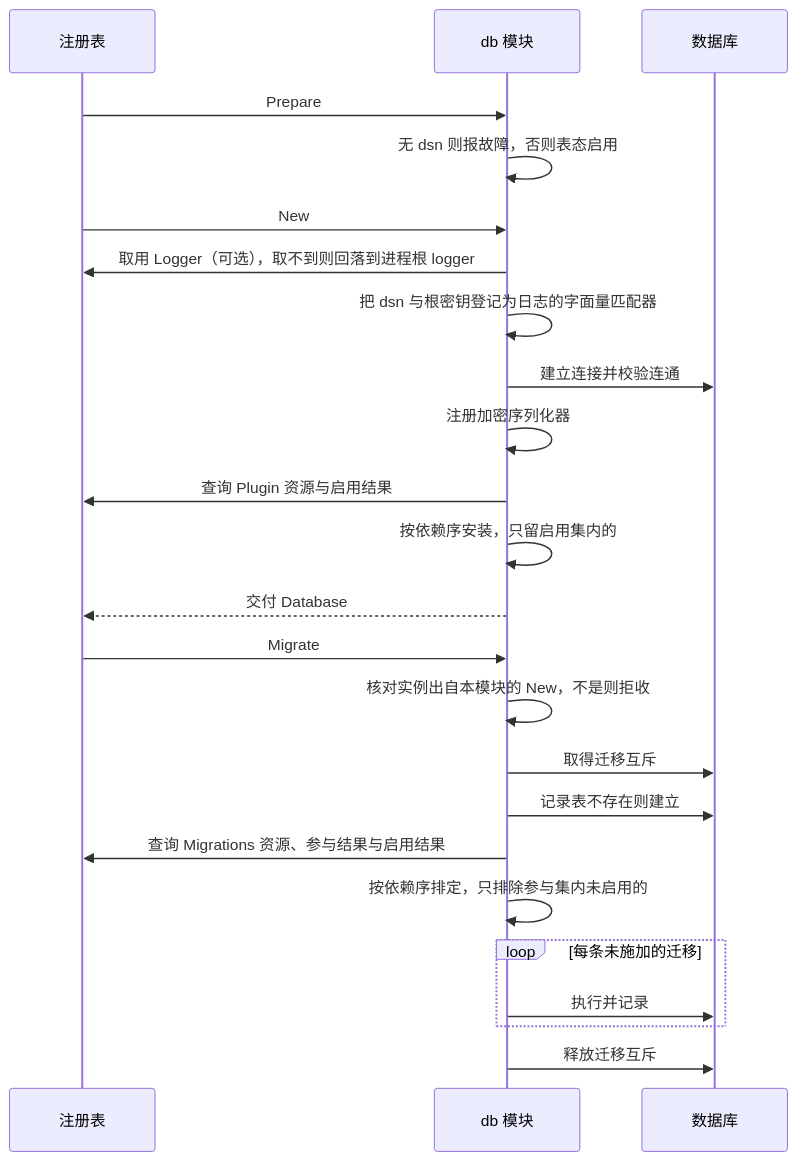
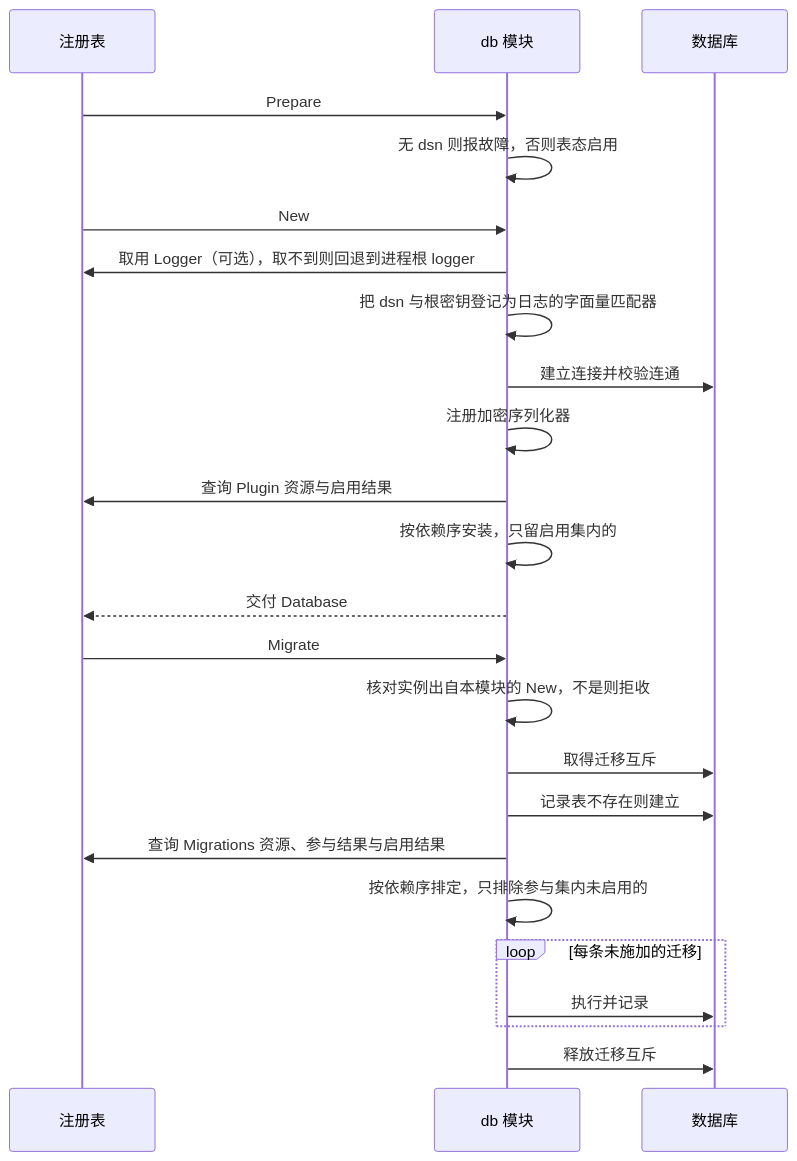
One commit to wangzw/speed changed the second of 2 diagrams in docs/design/modules/design-db.md. Above: the diagram before and after it, drawn with Mermaid. The commit also changed other lines of this file and 328 other files, not shown here.

````diff
--- a/docs/design/modules/design-db.md
+++ b/docs/design/modules/design-db.md
@@ -301,26 +301,26 @@
 ```mermaid
 sequenceDiagram
     participant R as 注册表
     participant D as db 模块
     participant G as 数据库
     R->>D: Prepare
     D->>D: 无 dsn 则报故障，否则表态启用
     R->>D: New
-    D->>R: 取用 Logger（可选），取不到则回落到进程根 logger
+    D->>R: 取用 Logger（可选），取不到则回退到进程根 logger
     D->>D: 把 dsn 与根密钥登记为日志的字面量匹配器
     D->>G: 建立连接并校验连通
     D->>D: 注册加密序列化器
     D->>R: 查询 Plugin 资源与启用结果
     D->>D: 按依赖序安装，只留启用集内的
     D-->>R: 交付 Database
     R->>D: Migrate
     D->>D: 核对实例出自本模块的 New，不是则拒收
     D->>G: 取得迁移互斥
     D->>G: 记录表不存在则建立
     D->>R: 查询 Migrations 资源、参与结果与启用结果
     D->>D: 按依赖序排定，只排除参与集内未启用的
     loop 每条未施加的迁移
         D->>G: 执行并记录
     end
     D->>G: 释放迁移互斥
 ```
````
